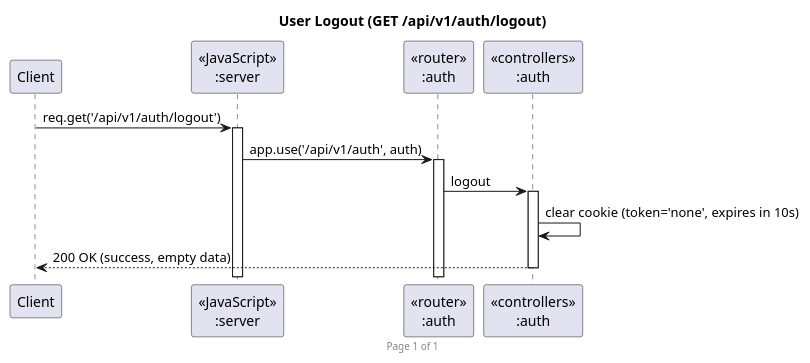
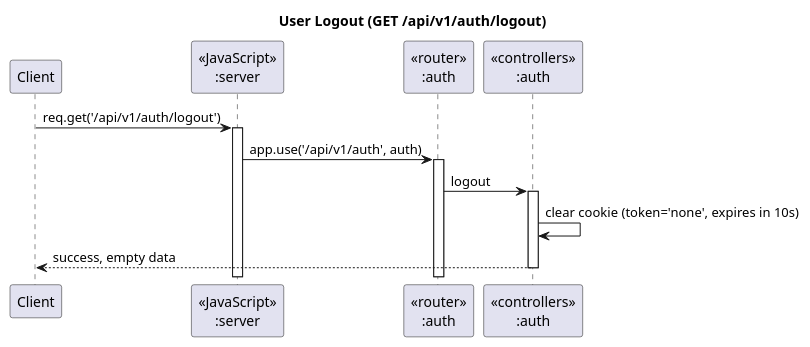
Before and after one commit to 2110503-2564/se-project-backend-10_brain-not-found: the diagram in UML/UML_Auth/logout.puml, drawn with PlantUML. The commit also changed 2 other files, not shown here.

```diff
--- a/UML/UML_Auth/logout.puml
+++ b/UML/UML_Auth/logout.puml
@@ -1,17 +1,16 @@
 @startuml Manage Authentication (GET)
 
-footer Page %page% of %lastpage%
 title "User Logout (GET /api/v1/auth/logout)"
 
 participant "Client" as client
 participant "<<JavaScript>>\n:server" as server
 participant "<<router>>\n:auth" as routerAuth
 participant "<<controllers>>\n:auth" as controllersAuth
 
 client -> server ++ : req.get('/api/v1/auth/logout')
 server -> routerAuth ++ : app.use('/api/v1/auth', auth)
 routerAuth -> controllersAuth ++ : logout
 controllersAuth -> controllersAuth : clear cookie (token='none', expires in 10s)
-controllersAuth --> client -- : 200 OK (success, empty data)
+controllersAuth --> client -- : success, empty data
 
 @enduml
```
